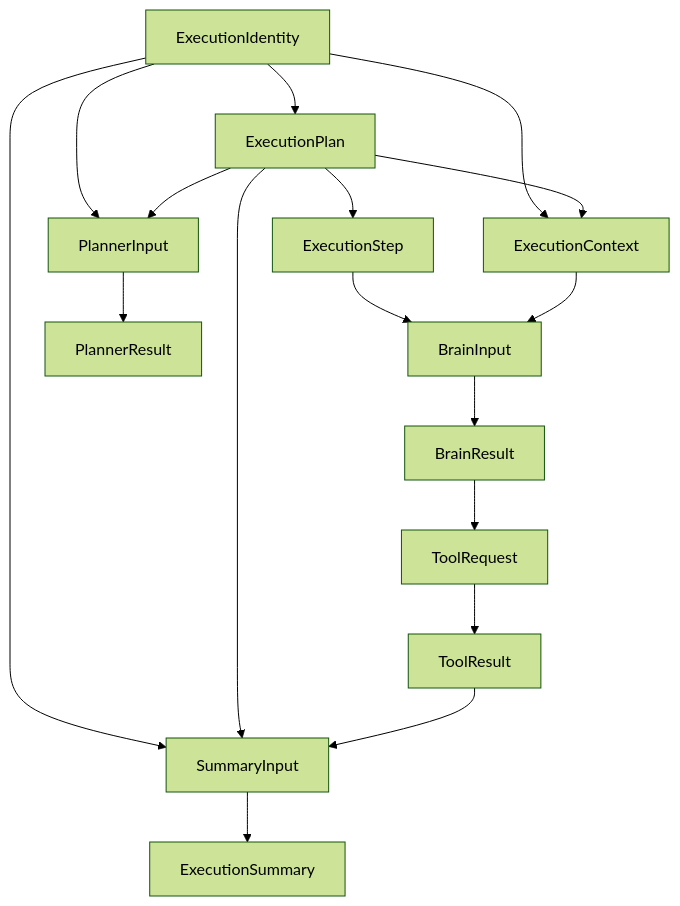
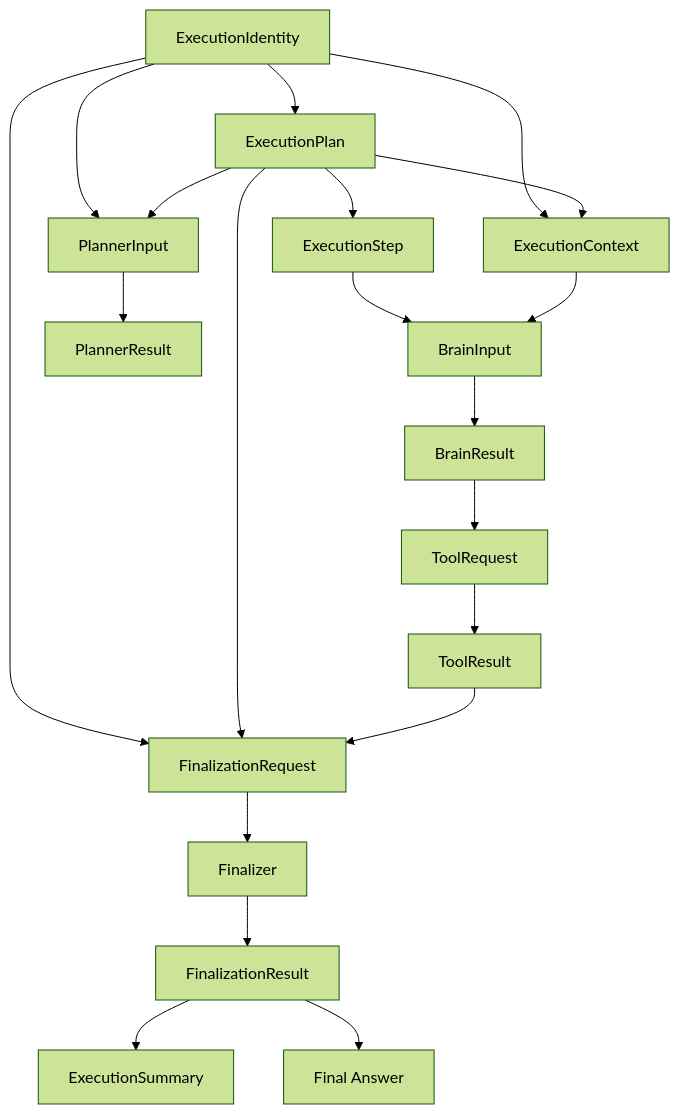
The diagram in docs/protocol/CEP-005-protocol-data-contracts.md (canoz85/cortex-node), drawn with Mermaid (forest theme) before and after one commit. The commit also changed other lines of this file and 13 other files, not shown here.

Commit message:
roadmapmigration(phase 7): reconcile protocol and architecture documentation

````diff
--- a/docs/protocol/CEP-005-protocol-data-contracts.md
+++ b/docs/protocol/CEP-005-protocol-data-contracts.md
@@ -520,19 +527,22 @@
 ```mermaid
 flowchart TD
     EI[ExecutionIdentity] --> EP[ExecutionPlan]
     EP --> ES[ExecutionStep]
     EI --> EC[ExecutionContext]
     EP --> EC
     ES --> BI[BrainInput]
     EC --> BI
     BI --> BR[BrainResult]
     BR --> TRQ[ToolRequest]
     TRQ --> TRS[ToolResult]
     EI --> PI[PlannerInput]
     EP --> PI
     PI --> PR[PlannerResult]
-    EI --> SI[SummaryInput]
-    EP --> SI
-    TRS --> SI
-    SI --> ESUM[ExecutionSummary]
+    EI --> FI[FinalizationRequest]
+    EP --> FI
+    TRS --> FI
+    FI --> F[Finalizer]
+    F --> FR[FinalizationResult]
+    FR --> ESUM[ExecutionSummary]
+    FR --> FA[Final Answer]
 ```
````
